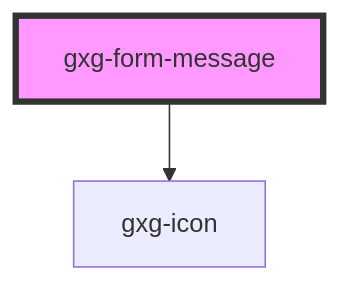
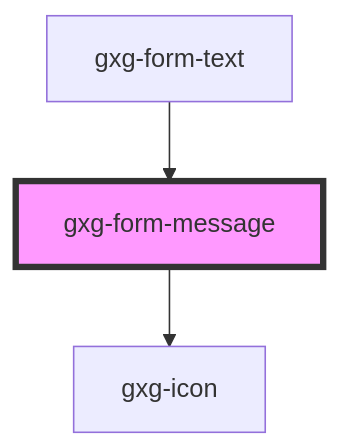
One commit to genexuslabs/gemini changed the diagram in src/components/form-message/readme.md. Above: the diagram before and after it, drawn with Mermaid. The commit also changed other lines of this file and 9 other files, not shown here.

````diff
--- a/src/components/form-message/readme.md
+++ b/src/components/form-message/readme.md
@@ -54,5 +58,6 @@
 ```mermaid
 graph TD;
   gxg-form-message --> gxg-icon
+  gxg-form-text --> gxg-form-message
   style gxg-form-message fill:#f9f,stroke:#333,stroke-width:4px
 ```
````
